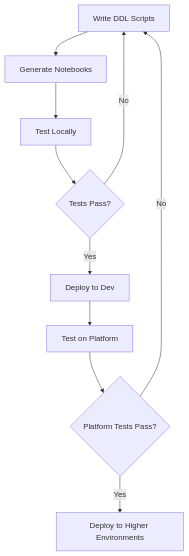
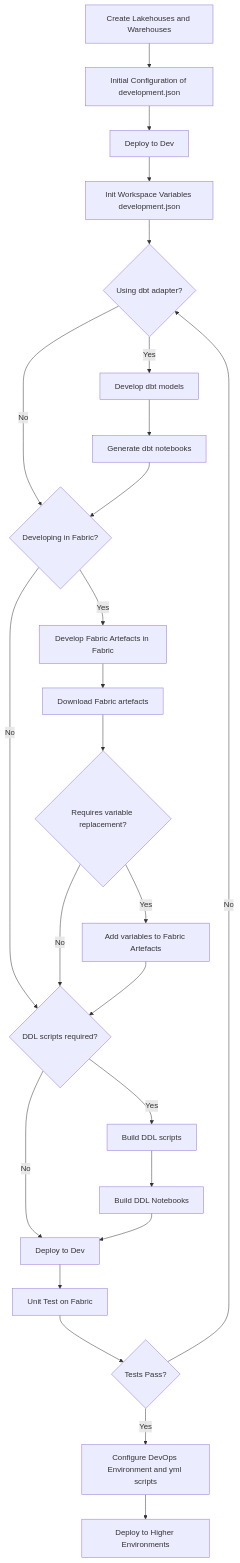
The diagram in docs/user_guide/workflows.md (Insight-Services-APAC/Insight_Ingenious_For_Fabric), drawn with Mermaid before and after one commit. The commit also changed other lines of this file and 28 other files, not shown here.

````diff
--- a/docs/user_guide/workflows.md
+++ b/docs/user_guide/workflows.md
@@ -31,12 +33,27 @@
 ```mermaid
 graph TD
-    A[Write DDL Scripts] --> B[Generate Notebooks]
-    B --> C[Test Locally]
-    C --> D{Tests Pass?}
-    D -->|No| A
-    D -->|Yes| E[Deploy to Dev]
-    E --> F[Test on Platform]
-    F --> G{Platform Tests Pass?}
-    G -->|No| A
-    G -->|Yes| H[Deploy to Higher Environments]
+    A[Create Lakehouses and Warehouses] --> B[Initial Configuration of development.json]
+    B --> C[Deploy to Dev]
+    C --> D[Init Workspace Variables development.json]
+    D --> E{Using dbt adapter?}
+    E -->|Yes| F[Develop dbt models]
+    E -->|No| H
+    F --> G[Generate dbt notebooks]
+    G --> H{Developing in Fabric?}
+    H -->|Yes| I[Develop Fabric Artefacts in Fabric]
+    H -->|No| M
+    I --> J[Download Fabric artefacts]
+    J --> K{Requires variable replacement?}
+    K -->|Yes| L[Add variables to Fabric Artefacts]
+    K -->|No| M
+    L --> M{DDL scripts required?}
+    M -->|Yes| N[Build DDL scripts]
+    M -->|No| P
+    N --> O[Build DDL Notebooks]
+    O --> P[Deploy to Dev]
+    P --> Q[Unit Test on Fabric]
+    Q --> R{Tests Pass?}
+    R -->|No| E
+    R -->|Yes| S[Configure DevOps Environment and yml scripts]
+    S --> T[Deploy to Higher Environments]
 ```
````
